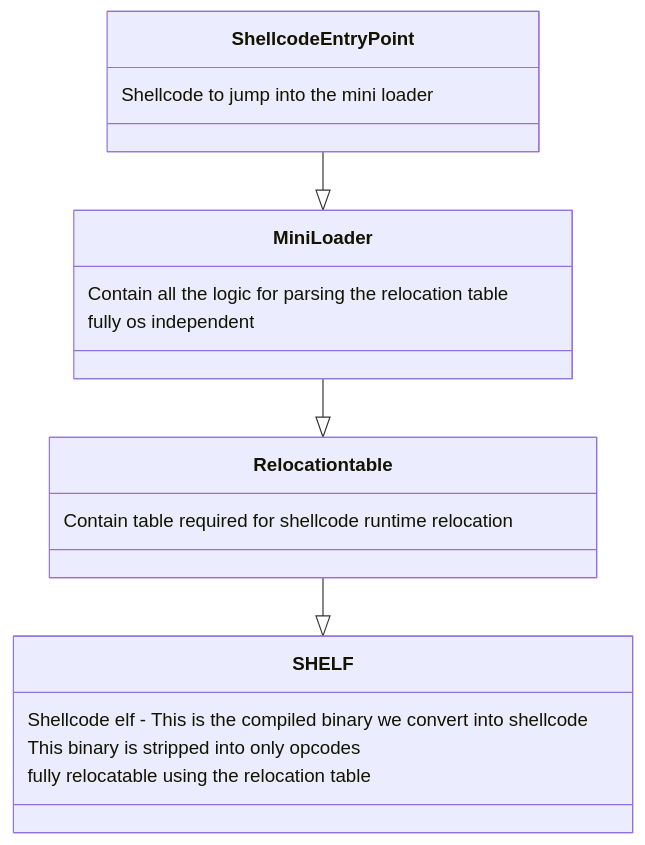
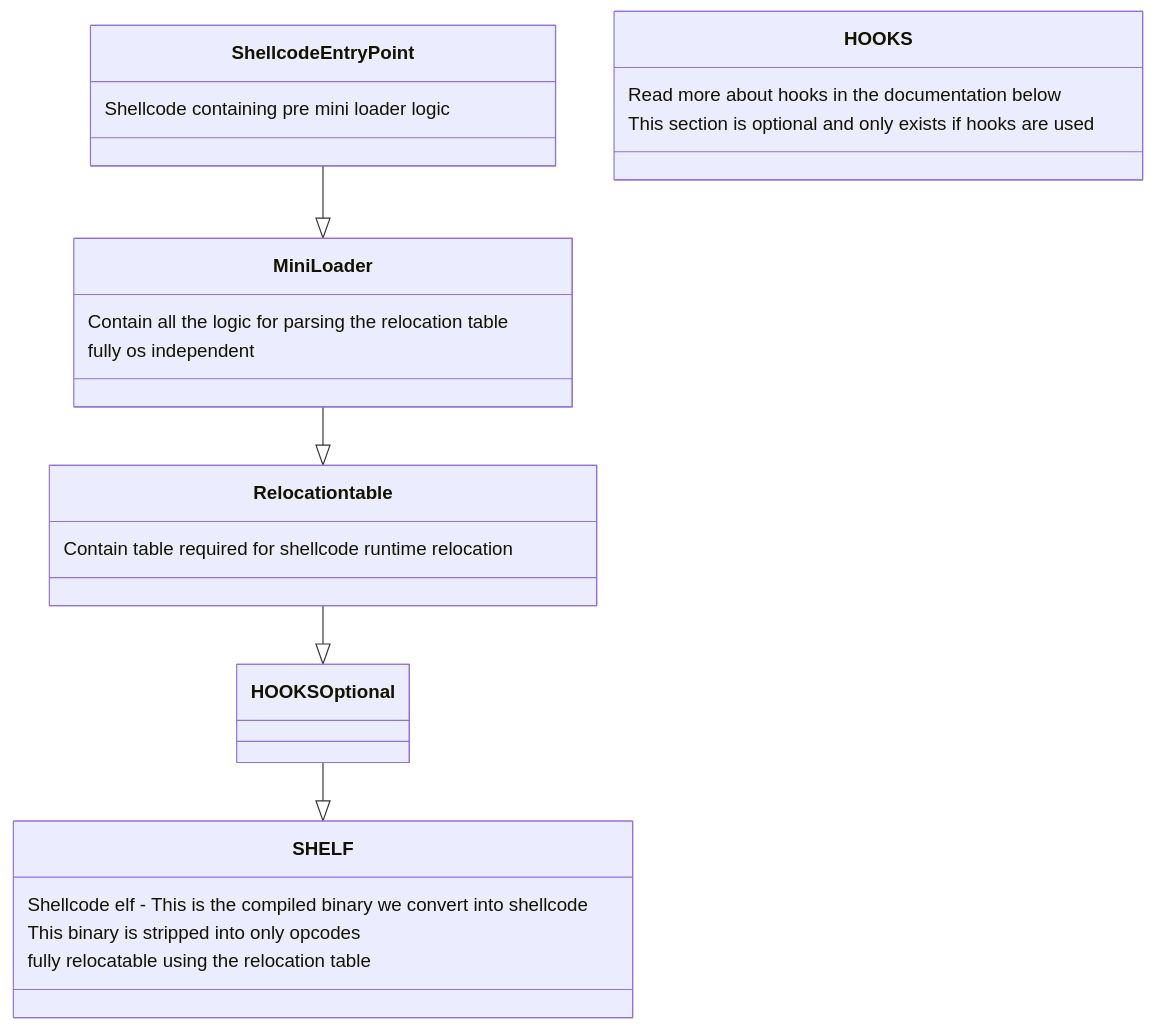
The diagram in README.md (jonatanSh/shelf), drawn with Mermaid before and after one commit.

````diff
--- a/README.md
+++ b/README.md
@@ -32,13 +32,16 @@
 ```mermaid
   classDiagram
     ShellcodeEntryPoint --|> MiniLoader
-    ShellcodeEntryPoint: Shellcode to jump into the mini loader
+    ShellcodeEntryPoint: Shellcode containing pre mini loader logic
     MiniLoader --|> Relocation table
     MiniLoader: Contain all the logic for parsing the relocation table
     MiniLoader: fully os independent
-    Relocation table --|> SHELF
+    Relocation table --|> HOOKS Optional
     Relocation table : Contain table required for shellcode runtime relocation
+    HOOKS Optional --|> SHELF
+    HOOKS: Read more about hooks in the documentation below
+    HOOKS: This section is optional and only exists if hooks are used
     SHELF: Shellcode elf - This is the compiled binary we convert into shellcode
     SHELF: This binary is stripped into only opcodes
     SHELF: fully relocatable using the relocation table
 ```
````
